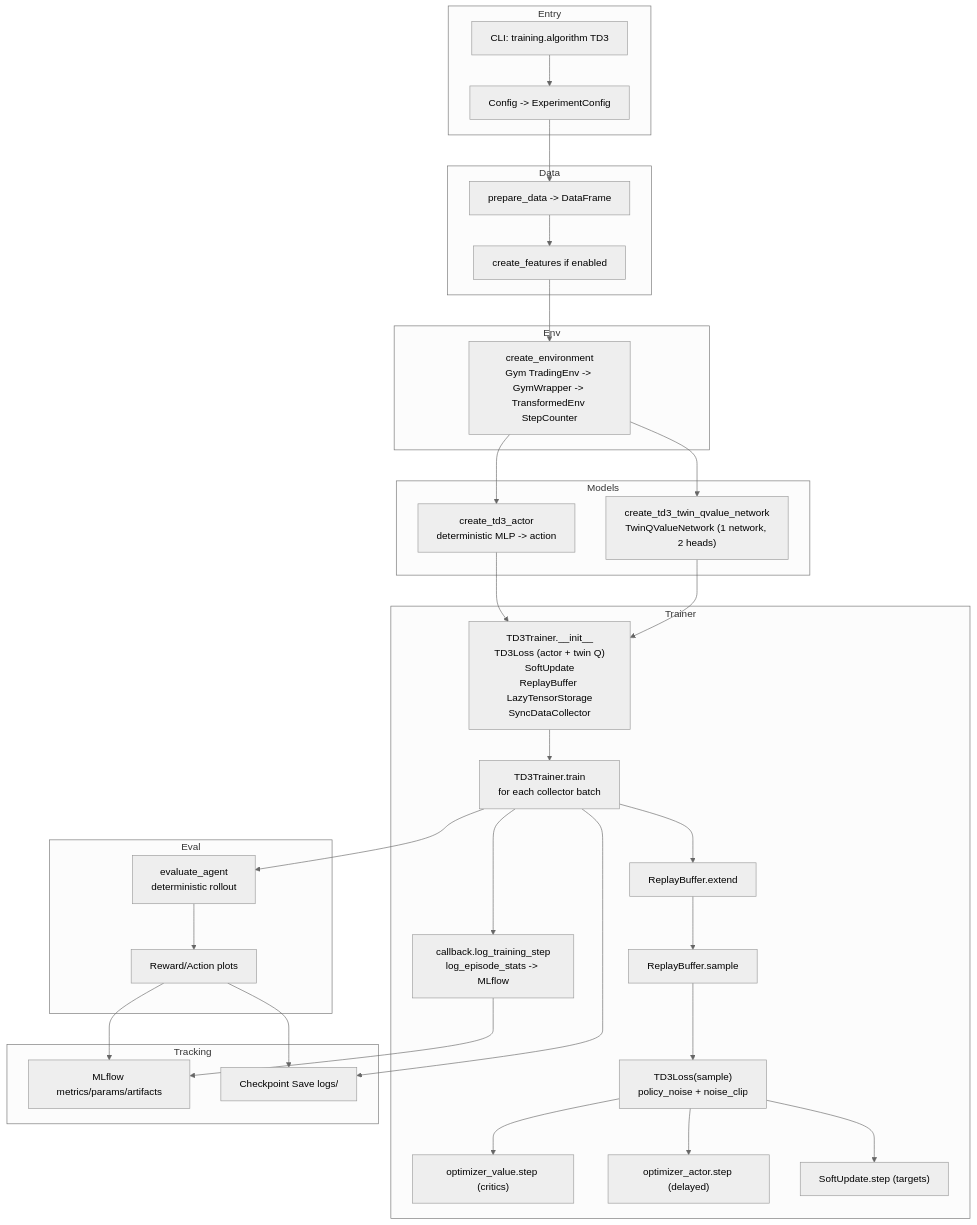
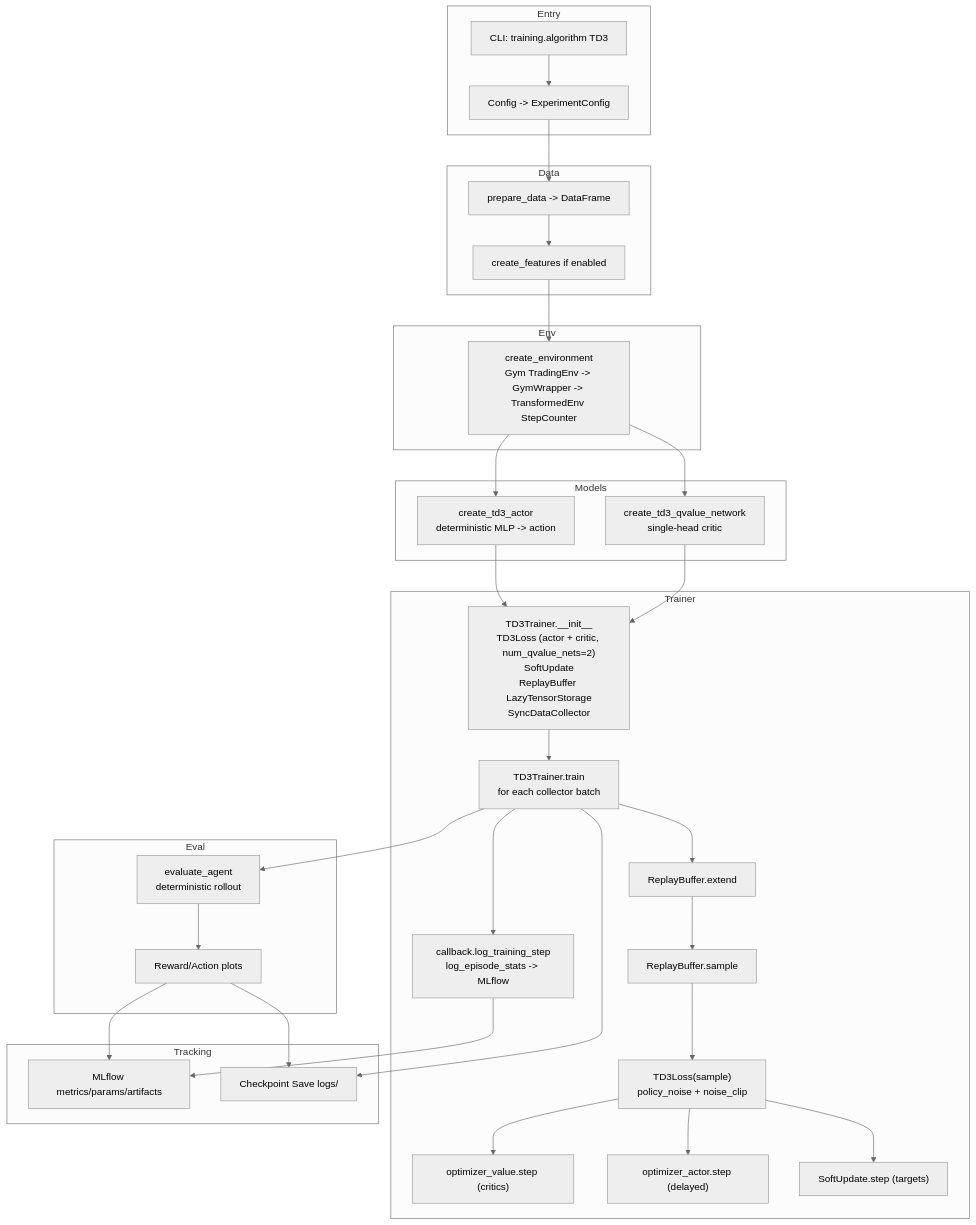
The diagram in docs/td3_implementation_overview.md (kwojdalski/masters_thesis), drawn with Mermaid (neutral theme) before and after one commit. The commit also changed other lines of this file and 4 other files, not shown here.

````diff
--- a/docs/td3_implementation_overview.md
+++ b/docs/td3_implementation_overview.md
@@ -5,58 +9,58 @@
 ```mermaid
 flowchart TD
     subgraph Entry
         A["CLI: training.algorithm TD3"]
         A1["Config -> ExperimentConfig"]
     end
 
     subgraph Data
         B["prepare_data -> DataFrame"]
         B1["create_features if enabled"]
     end
 
     subgraph Env
         C["create_environment<br/>Gym TradingEnv -> GymWrapper -> TransformedEnv StepCounter"]
     end
 
     subgraph Models
         D["create_td3_actor<br/>deterministic MLP -> action"]
-        E["create_td3_twin_qvalue_network<br/>TwinQValueNetwork (1 network, 2 heads)"]
+        E["create_td3_qvalue_network<br/>single-head critic"]
     end
 
     subgraph Trainer
-        F["TD3Trainer.__init__<br/>TD3Loss (actor + twin Q)<br/>SoftUpdate<br/>ReplayBuffer LazyTensorStorage<br/>SyncDataCollector"]
+        F["TD3Trainer.__init__<br/>TD3Loss (actor + critic, num_qvalue_nets=2)<br/>SoftUpdate<br/>ReplayBuffer LazyTensorStorage<br/>SyncDataCollector"]
         G["TD3Trainer.train<br/>for each collector batch"]
         H["ReplayBuffer.extend"]
         I["ReplayBuffer.sample"]
         J["TD3Loss(sample)<br/>policy_noise + noise_clip"]
         K["optimizer_value.step (critics)"]
         L["optimizer_actor.step (delayed)"]
         M["SoftUpdate.step (targets)"]
         N["callback.log_training_step<br/>log_episode_stats -> MLflow"]
     end
 
     subgraph Eval
         O["evaluate_agent<br/>deterministic rollout"]
         P["Reward/Action plots"]
     end
 
     subgraph Tracking
         Q["MLflow metrics/params/artifacts"]
         R["Checkpoint Save logs/"]
     end
 
     A --> A1 --> B --> B1 --> C
     C --> D
     C --> E
     D --> F
     E --> F
     F --> G
     G --> H --> I --> J
     J --> K
     J --> L
     J --> M
     G --> N --> Q
     G --> R
     G --> O --> P --> Q
     P --> R
 ```
````
